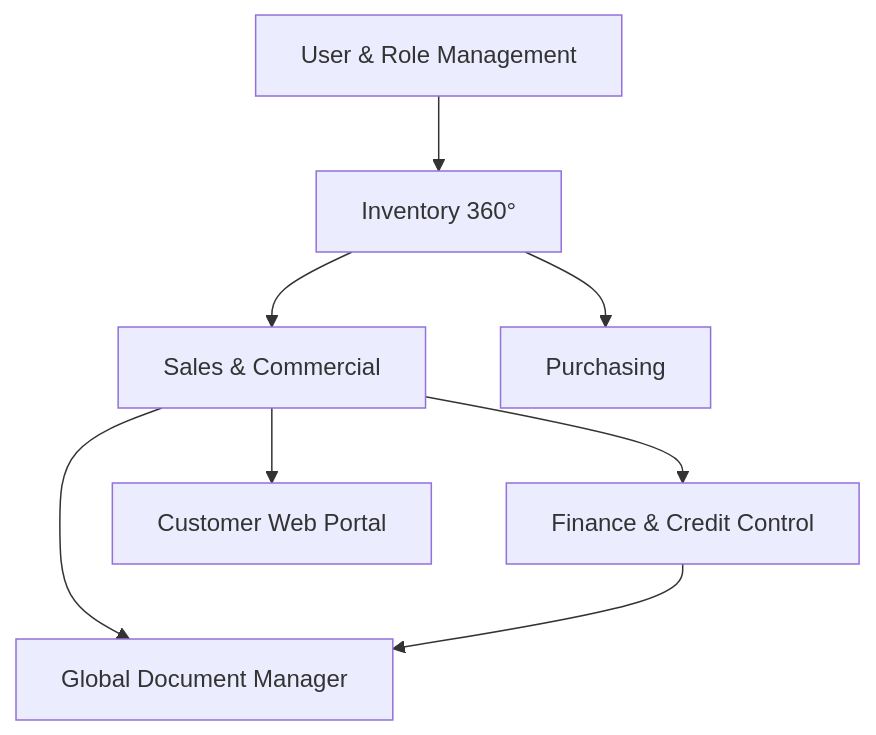
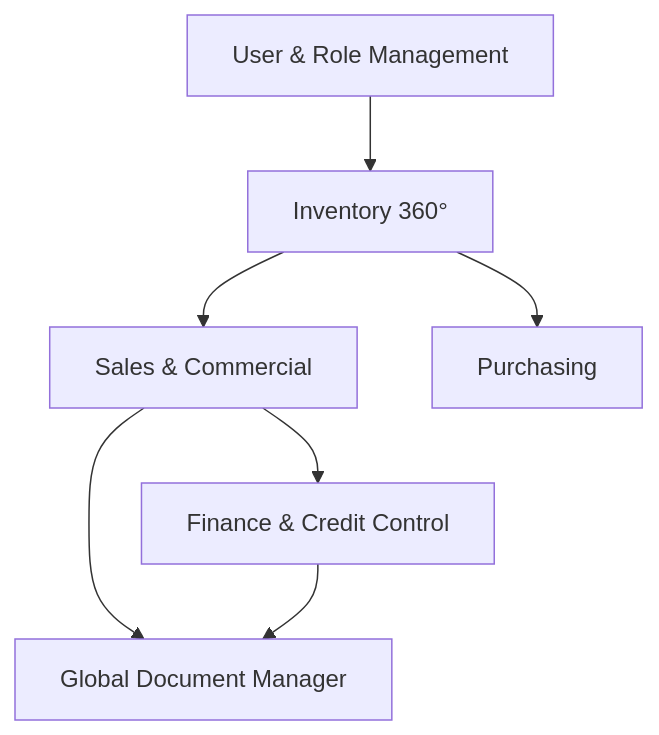
Before and after one commit to Cashly-Ap/Cashly-App: the diagram in docs/project/PROJECT_OVERVIEW.md, drawn with Mermaid. The commit also changed other lines of this file and 6 other files, not shown here.

Commit message:
docs(app): update architecture and E2E guidance

````diff
--- a/docs/project/PROJECT_OVERVIEW.md
+++ b/docs/project/PROJECT_OVERVIEW.md
@@ -168,10 +149,9 @@
 ```mermaid
 graph TD
     A[User & Role Management] --> B[Inventory 360°]
     B --> C[Sales & Commercial]
     C --> D[Finance & Credit Control]
     B --> E[Purchasing]
-    C --> F[Customer Web Portal]
-    C --> G[Global Document Manager]
-    D --> G
+    C --> F[Global Document Manager]
+    D --> F
 ```
````
